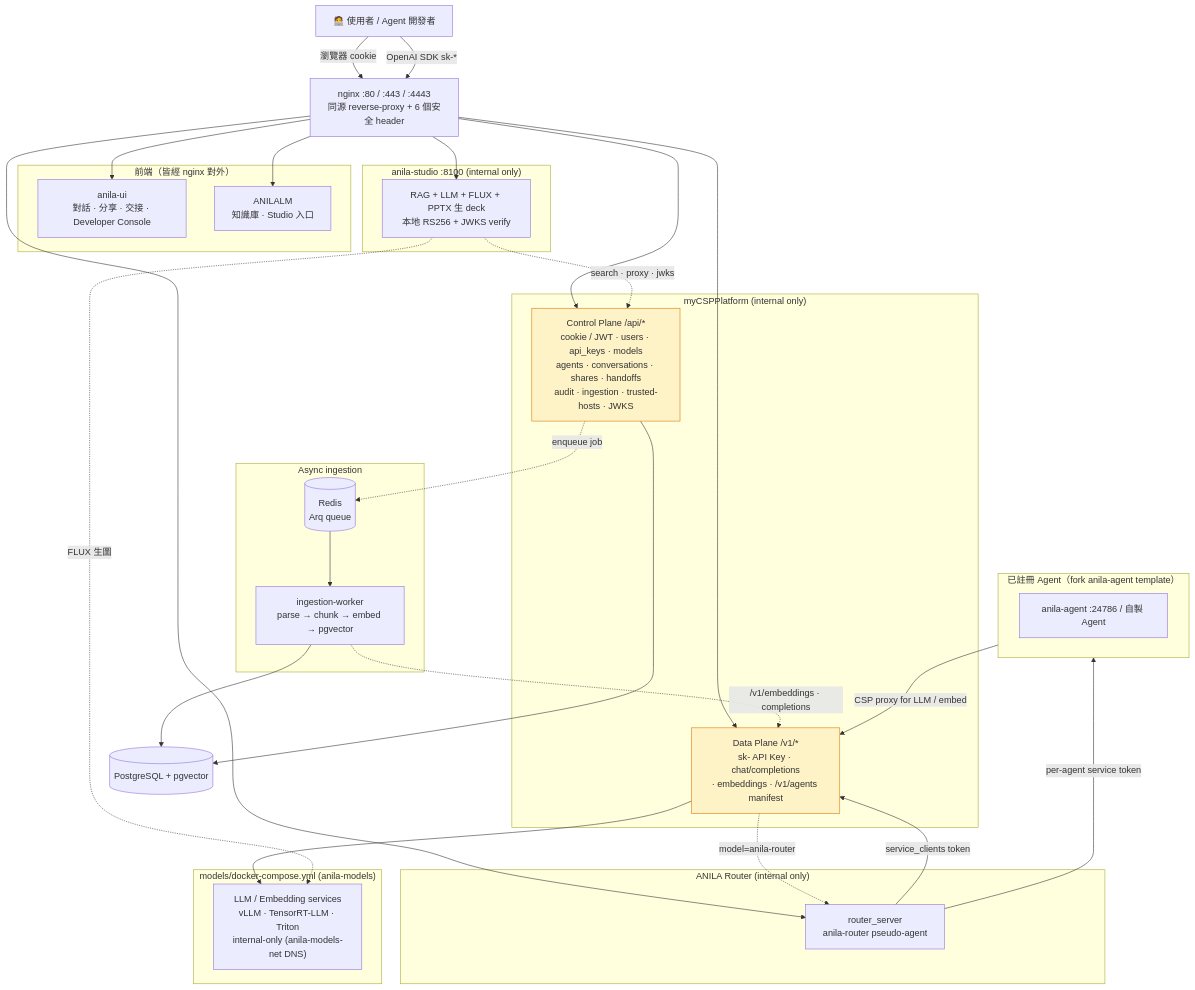
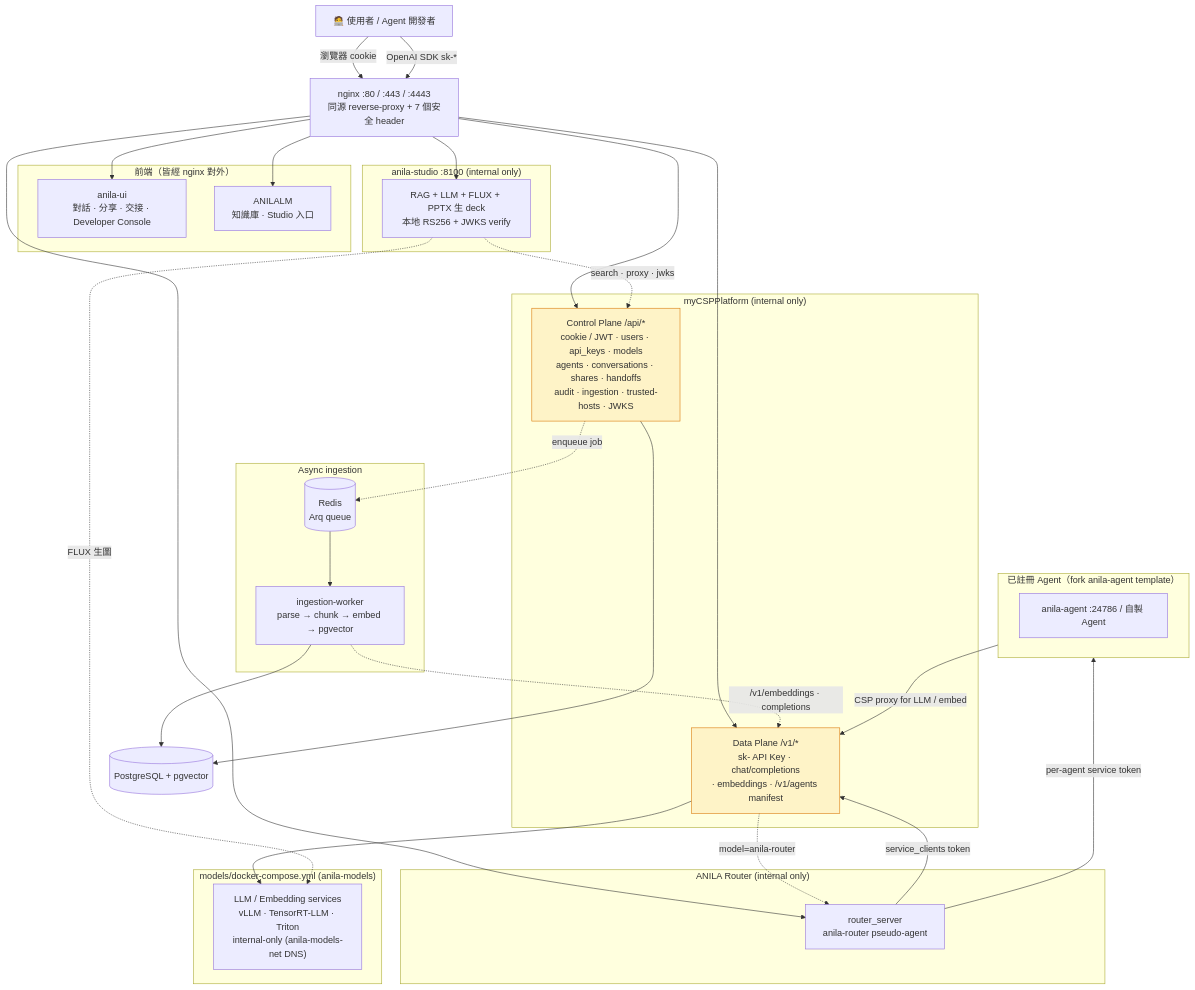
The diagram in README.md (zzw09773/ANILA), drawn with Mermaid before and after one commit. The commit also changed other lines of this file and 29 other files, not shown here.

````diff
--- a/README.md
+++ b/README.md
@@ -56,59 +56,59 @@
 ```mermaid
 flowchart TB
     users["🧑‍💻 使用者 / Agent 開發者"]
-    nginx["nginx :80 / :443 / :4443<br/>同源 reverse-proxy + 6 個安全 header"]
+    nginx["nginx :80 / :443 / :4443<br/>同源 reverse-proxy + 7 個安全 header"]
 
     subgraph spas["前端（皆經 nginx 對外）"]
         anila_ui["anila-ui<br/>對話 · 分享 · 交接 · Developer Console"]
         anilalm["ANILALM<br/>知識庫 · Studio 入口"]
     end
 
     subgraph csp["myCSPPlatform (internal only)"]
         csp_ctrl["Control Plane /api/*<br/>cookie / JWT · users · api_keys · models<br/>agents · conversations · shares · handoffs<br/>audit · ingestion · trusted-hosts · JWKS"]
         csp_data["Data Plane /v1/*<br/>sk- API Key · chat/completions<br/>· embeddings · /v1/agents manifest"]
     end
 
     subgraph studio["anila-studio :8100 (internal only)"]
         studio_api["RAG + LLM + FLUX + PPTX 生 deck<br/>本地 RS256 + JWKS verify"]
     end
 
     subgraph router["ANILA Router (internal only)"]
         router_core["router_server<br/>anila-router pseudo-agent"]
     end
 
     subgraph agents["已註冊 Agent（fork anila-agent template）"]
         rag["anila-agent :24786 / 自製 Agent"]
     end
 
     subgraph async["Async ingestion"]
         redis[("Redis<br/>Arq queue")]
         worker["ingestion-worker<br/>parse → chunk → embed → pgvector"]
     end
 
     subgraph models["models/docker-compose.yml (anila-models)"]
         llm["LLM / Embedding services<br/>vLLM · TensorRT-LLM · Triton<br/>internal-only (anila-models-net DNS)"]
     end
 
     db[("PostgreSQL + pgvector")]
 
     users -->|瀏覽器 cookie| nginx
     users -->|OpenAI SDK sk-*| nginx
     nginx --> anila_ui & anilalm & csp_ctrl & csp_data & router_core & studio_api
 
     csp_data -.->|model=anila-router| router_core
     router_core -->|service_clients token| csp_data
     router_core -->|per-agent service token| agents
     agents -->|CSP proxy for LLM / embed| csp_data
 
     csp_ctrl --> db
     csp_data --> llm
     csp_ctrl -.->|enqueue job| redis
     redis --> worker
     worker --> db
     worker -.->|/v1/embeddings · completions| csp_data
     studio_api -.->|search · proxy · jwks| csp_ctrl
     studio_api -.->|FLUX 生圖| llm
 
     classDef plane fill:#fef3c7,stroke:#d97706
     class csp_ctrl,csp_data plane
 ```
````
